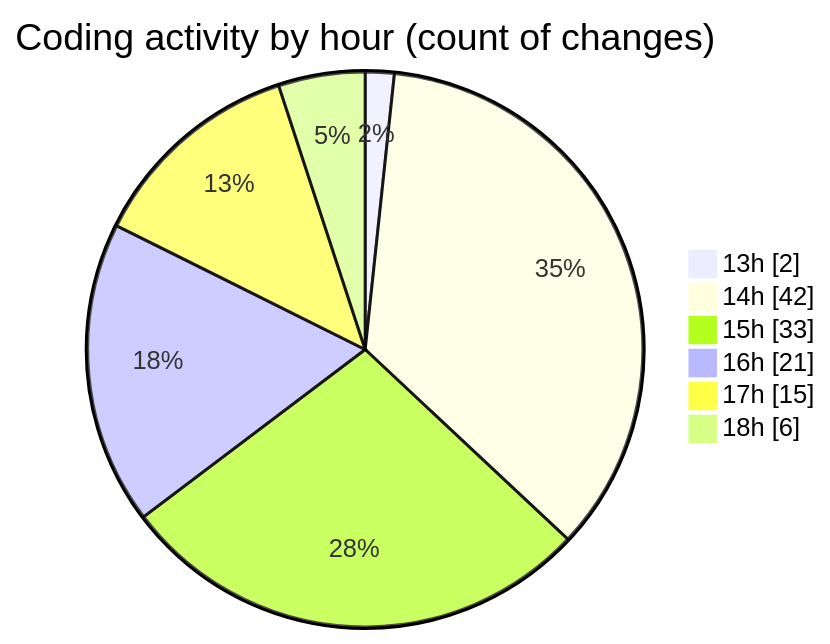
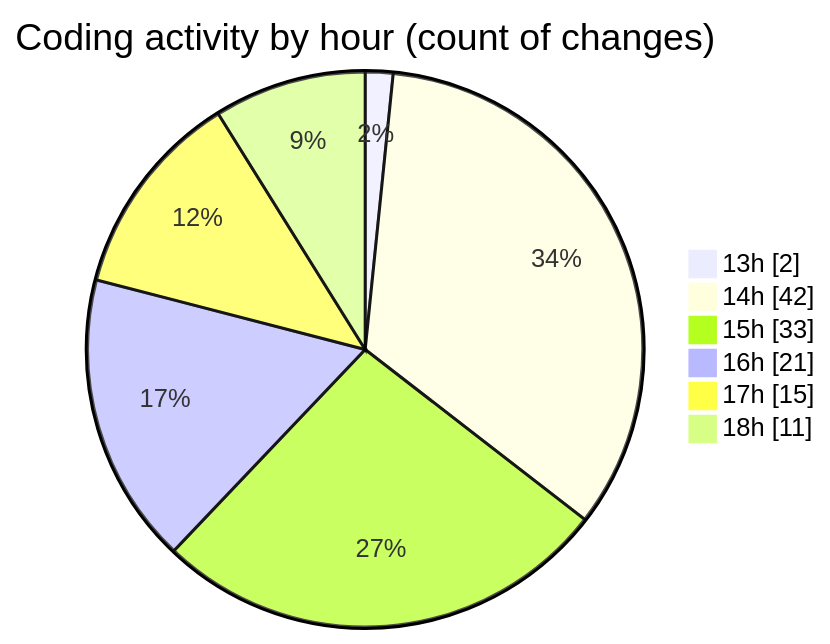
The second of 2 diagrams in 2025-05-31/nxtqube_webapp/README.md (nxtqubesakshisongat/code-tracking), drawn with Mermaid before and after one commit. The commit also changed other lines of this file and 1 other file, not shown here.

````diff
--- a/2025-05-31/nxtqube_webapp/README.md
+++ b/2025-05-31/nxtqube_webapp/README.md
@@ -37,10 +37,10 @@
 ```mermaid
 pie showData
 title Coding activity by hour (count of changes)
 "13h" : 2
 "14h" : 42
 "15h" : 33
 "16h" : 21
 "17h" : 15
-"18h" : 6
+"18h" : 11
 ```
````
